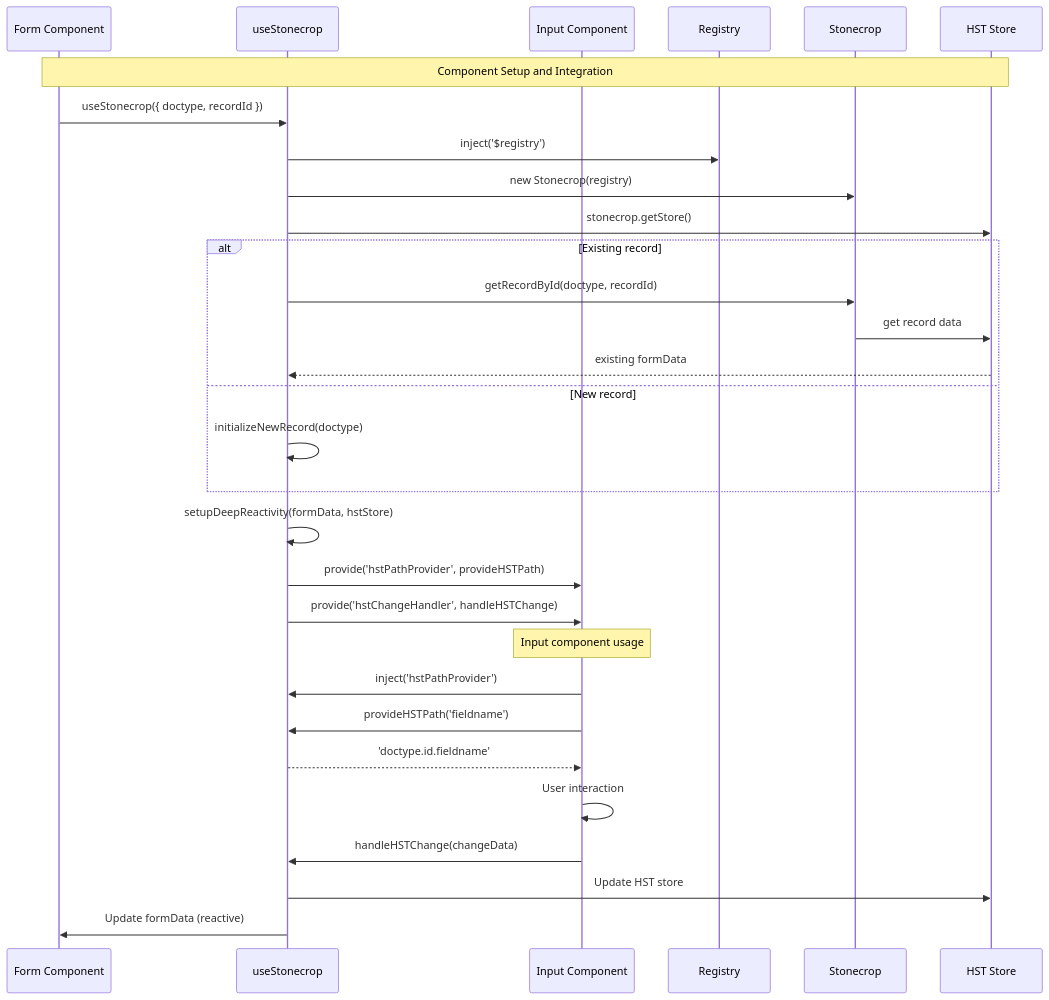
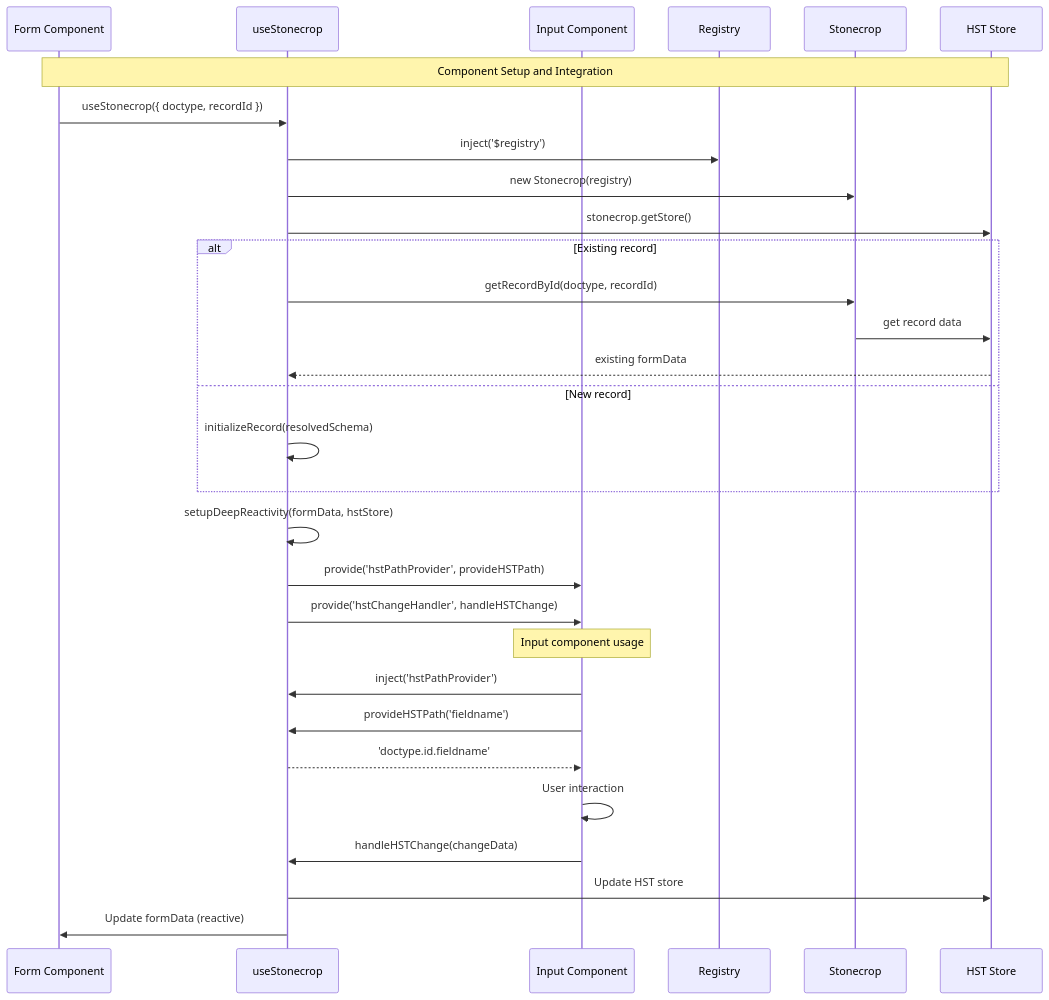
One commit to agritheory/stonecrop changed the fourth of 6 diagrams in stonecrop/docs/hst/architecture.md. Above: the diagram before and after it, drawn with Mermaid. The commit also changed other lines of this file and 20 other files, not shown here.

````diff
--- a/stonecrop/docs/hst/architecture.md
+++ b/stonecrop/docs/hst/architecture.md
@@ -151,41 +151,41 @@
 ```mermaid
 sequenceDiagram
     participant FC as Form Component
     participant US as useStonecrop
     participant IC as Input Component
     participant REG as Registry
     participant SC as Stonecrop
     participant HST as HST Store
 
     Note over FC,HST: Component Setup and Integration
 
     FC->>US: useStonecrop({ doctype, recordId })
 
     US->>REG: inject('$registry')
     US->>SC: new Stonecrop(registry)
     US->>HST: stonecrop.getStore()
 
     alt Existing record
         US->>SC: getRecordById(doctype, recordId)
         SC->>HST: get record data
         HST-->>US: existing formData
     else New record
-        US->>US: initializeNewRecord(doctype)
+        US->>US: initializeRecord(resolvedSchema)
     end
 
     US->>US: setupDeepReactivity(formData, hstStore)
 
     US->>IC: provide('hstPathProvider', provideHSTPath)
     US->>IC: provide('hstChangeHandler', handleHSTChange)
 
     Note over IC: Input component usage
     IC->>US: inject('hstPathProvider')
     IC->>US: provideHSTPath('fieldname')
     US-->>IC: 'doctype.id.fieldname'
 
     IC->>IC: User interaction
     IC->>US: handleHSTChange(changeData)
 
     US->>HST: Update HST store
     US->>FC: Update formData (reactive)
 ```
````
